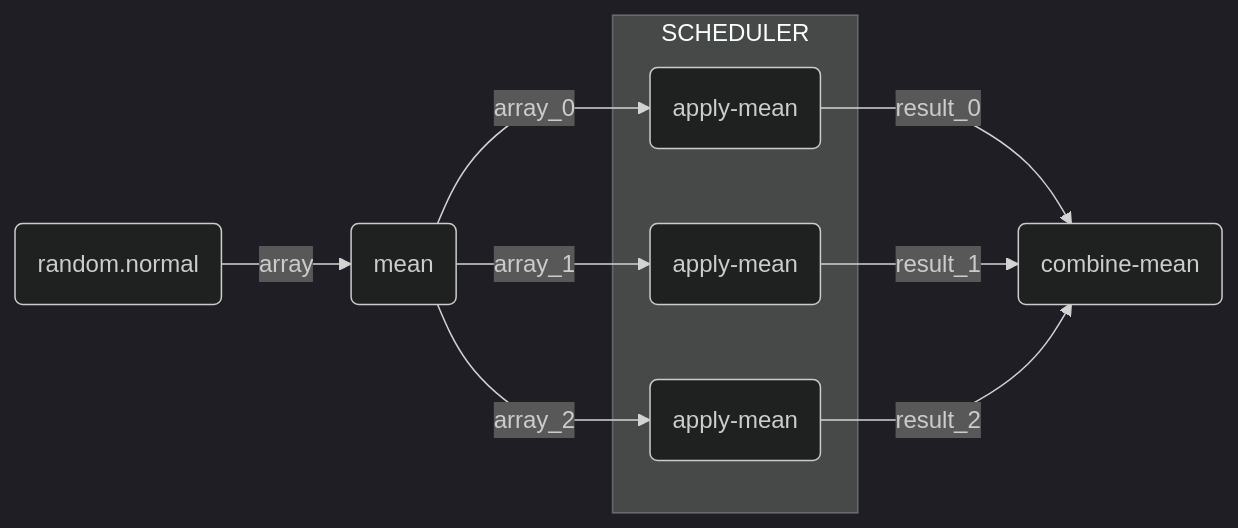
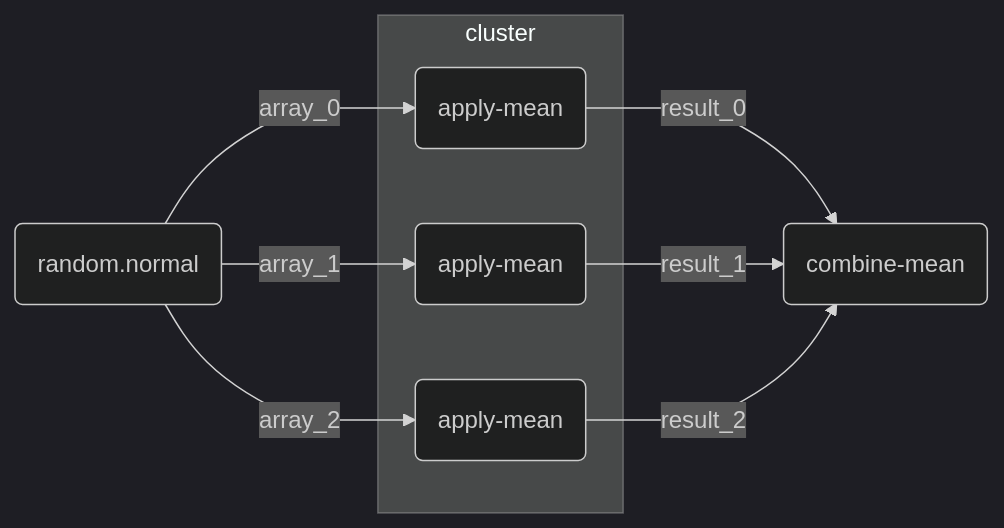
The second of 2 diagrams in book/notebooks/hackweek/dask_gridding.md (nasa/oceandata-notebooks), drawn with Mermaid (dark theme) before and after one commit. The commit also changed other lines of this file, not shown here.

````diff
--- a/book/notebooks/hackweek/dask_gridding.md
+++ b/book/notebooks/hackweek/dask_gridding.md
@@ -258,18 +285,18 @@
 ```mermaid
 %%{ init: { 'flowchart': { 'curve': 'monotoneY' } } }%%
 
 flowchart LR
 
-A(random.normal) -->|array| B(mean)
-B -->|array_0| C0(apply-mean)
-B -->|array_1| C1(apply-mean)
-B -->|array_2| C2(apply-mean)
-subgraph SCHEDULER
+A(random.normal)
+A -->|array_0| C0(apply-mean)
+A -->|array_1| C1(apply-mean)
+A -->|array_2| C2(apply-mean)
+subgraph cluster
 C0
 C1
 C2
 end
 C0 -->|result_0| D(combine-mean)
 C1 -->|result_1| D
 C2 -->|result_2| D
 ```
````
